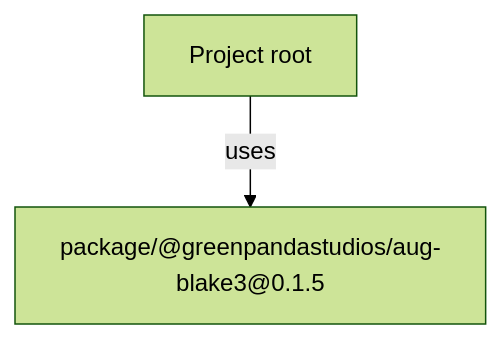
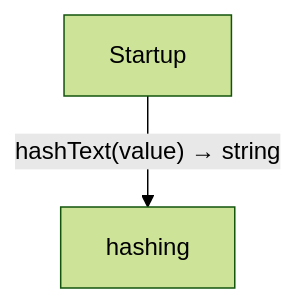
Before and after one commit to GreenPandaStudios/augscript: the first of 2 diagrams in docs/examples/native-blake3/diagrams/index.md, drawn with Mermaid (forest theme). The commit also changed other lines of this file and 524 other files, not shown here.

Commit message:
Explain checked data flow at folder and service levels

````diff
--- a/docs/examples/native-blake3/diagrams/index.md
+++ b/docs/examples/native-blake3/diagrams/index.md
@@ -21,6 +19,6 @@
 ```mermaid
 flowchart TD
-    n0["Project root"]
-    n1["package/@greenpandastudios/aug-blake3@0.1.5"]
-    n0 -->|"uses"| n1
+    n0["hashing"]
+    n1["Startup"]
+    n1 -->|"hashText(value) → string"| n0
 ```
````
